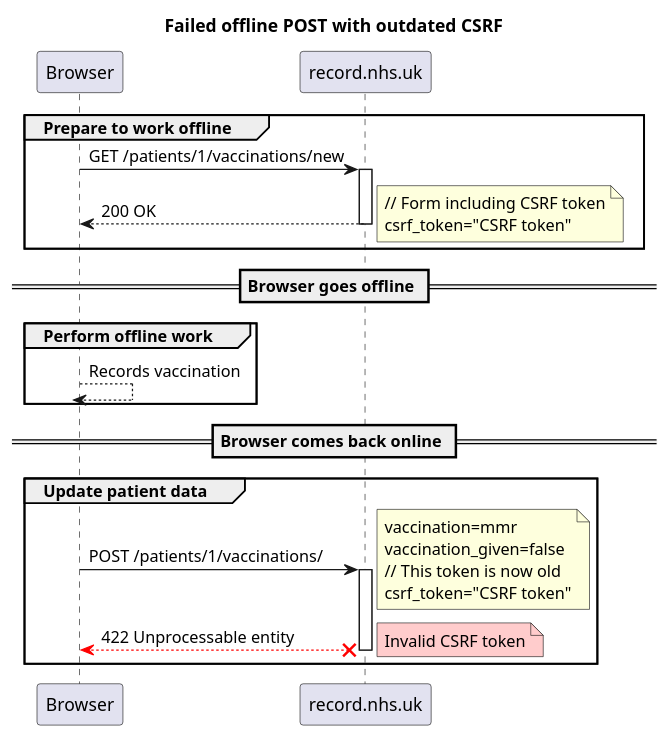
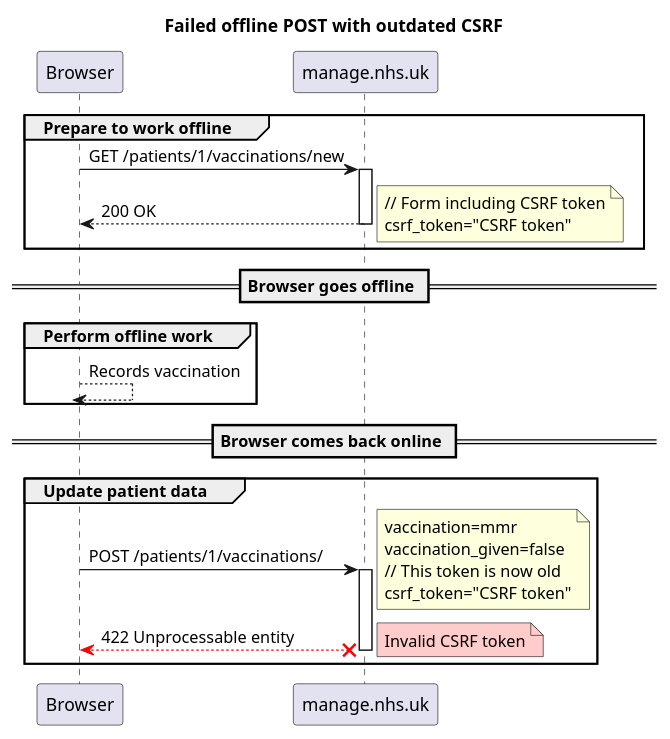
The diagram in docs/diagrams/failed-offline-post-with-outdated-csrf.puml (nhsuk/manage-vaccinations-in-schools), drawn with PlantUML before and after one commit. The commit also changed 14 other files, not shown here.

Commit message:
Rename record to manage

```diff
--- a/docs/diagrams/failed-offline-post-with-outdated-csrf.puml
+++ b/docs/diagrams/failed-offline-post-with-outdated-csrf.puml
@@ -1,39 +1,39 @@
 @startuml
 
 title Failed offline POST with outdated CSRF
 
 autoactivate on
 
 group Prepare to work offline
-    Browser -> record.nhs.uk: GET /patients/1/vaccinations/new
+    Browser -> manage.nhs.uk: GET /patients/1/vaccinations/new
     return 200 OK
     note right
         // Form including CSRF token
         csrf_token="CSRF token"
     end note
 end
 
 == Browser goes offline ==
 
 group Perform offline work
     Browser --> Browser: Records vaccination
 end
 
 == Browser comes back online ==
 
 group Update patient data
-    Browser -> record.nhs.uk: POST /patients/1/vaccinations/
+    Browser -> manage.nhs.uk: POST /patients/1/vaccinations/
     note right
         vaccination=mmr
         vaccination_given=false
         // This token is now old
         csrf_token="CSRF token"
     end note
-    Browser <-[#red]-x record.nhs.uk: 422 Unprocessable entity
-    deactivate record.nhs.uk
+    Browser <-[#red]-x manage.nhs.uk: 422 Unprocessable entity
+    deactivate manage.nhs.uk
     note right #FCC
         Invalid CSRF token
     end note
 end
 
 @enduml
```
